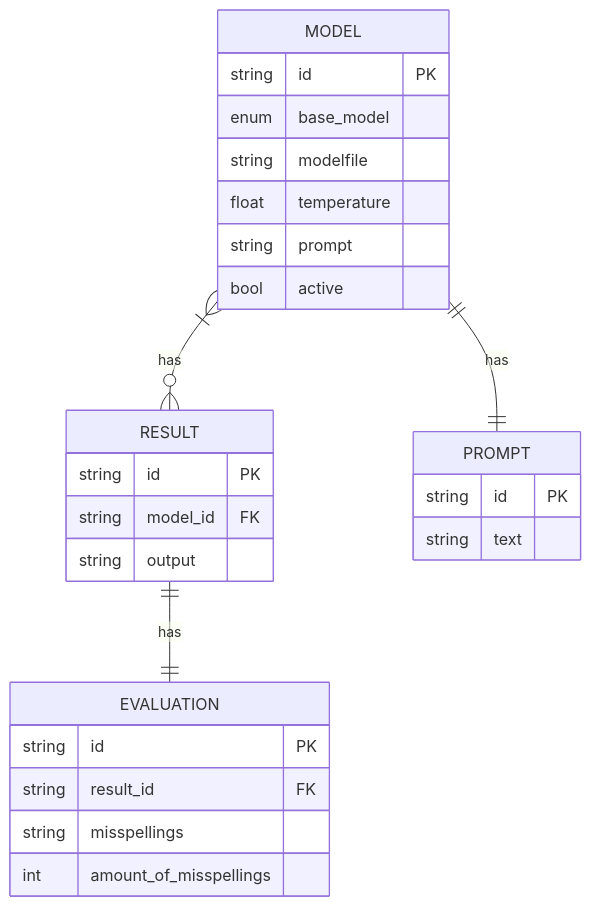
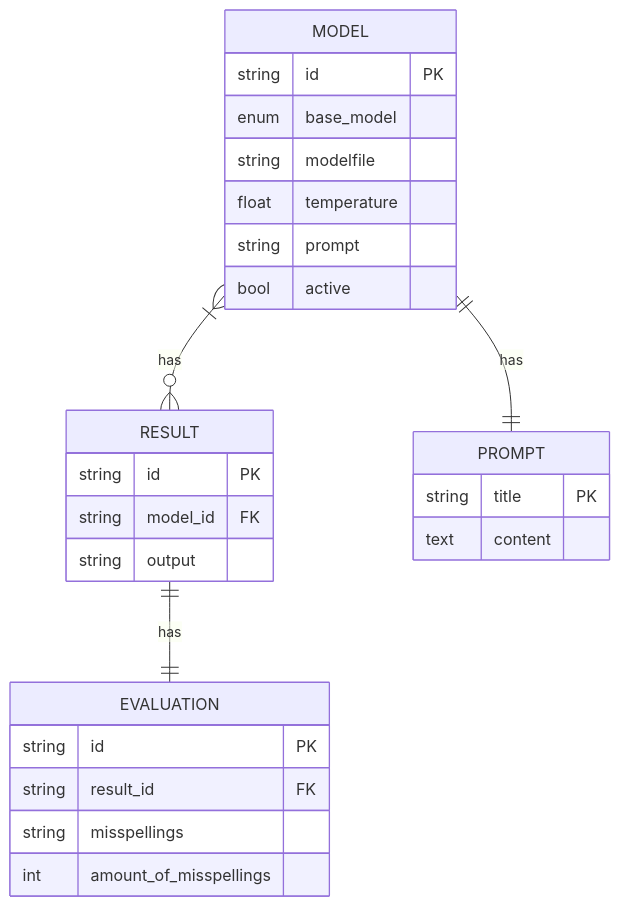
The diagram in docs/erd_diagram.md (nshern/dallama), drawn with Mermaid before and after one commit.

````diff
--- a/docs/erd_diagram.md
+++ b/docs/erd_diagram.md
@@ -4,35 +4,35 @@
 ```mermaid
 erDiagram
     MODEL }|--o{ RESULT : has
     RESULT ||--|| EVALUATION: has
     MODEL ||--|| PROMPT: has
 
 
     MODEL {
         string id PK
         enum base_model
         string modelfile
         float temperature
         string prompt
         bool active
     }
 
     RESULT {
         string id PK
         string model_id FK
         string output
     }
 
     EVALUATION {
         string id PK
         string result_id FK
         string misspellings
         int amount_of_misspellings
     }
 
     PROMPT {
-        string id PK
-        string text
+        string title PK
+        text content
         
     }
 ```
````
